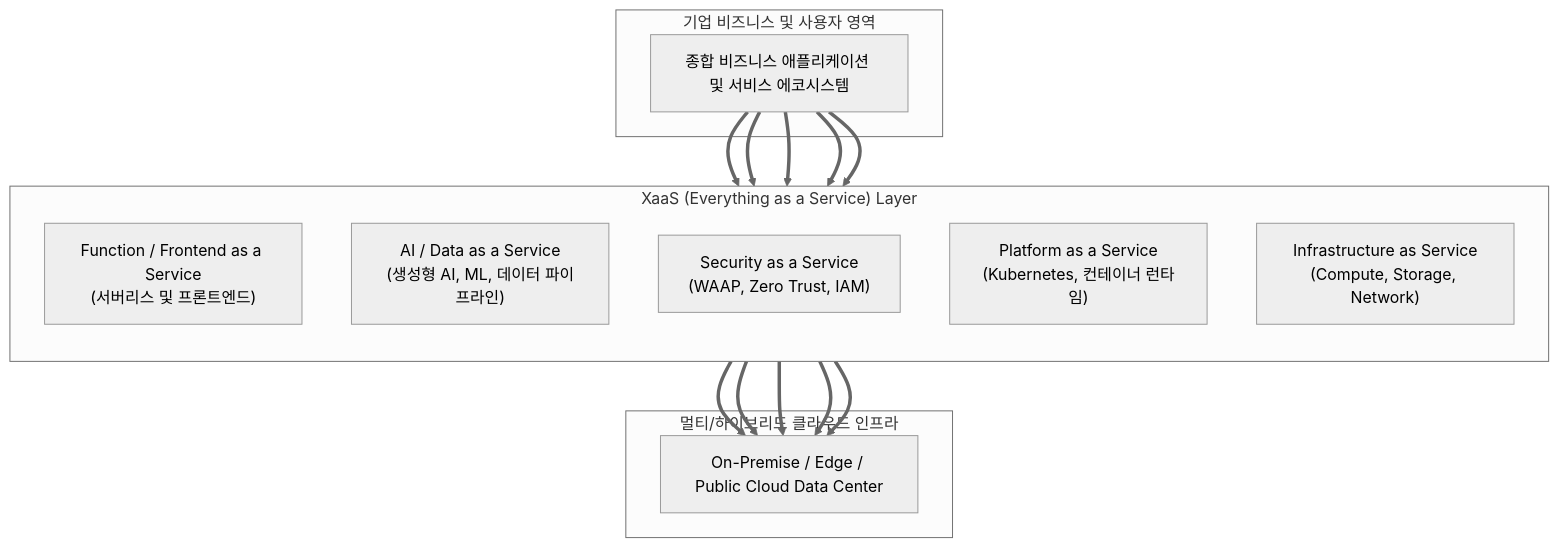
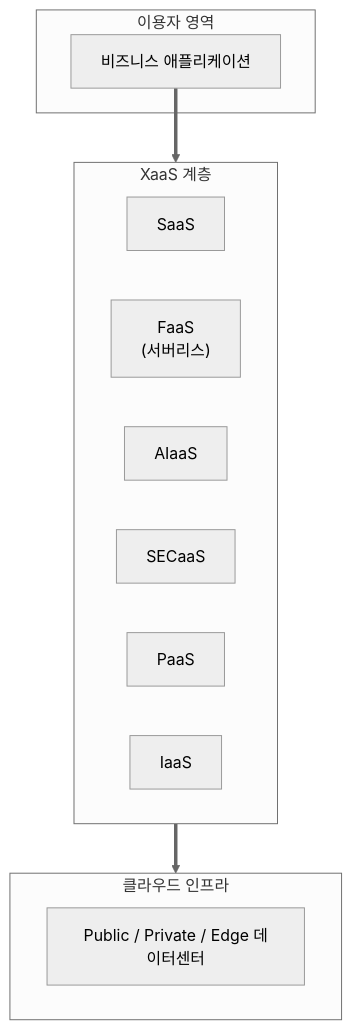
Before and after one commit to supremethumb/supremethumb.github.io: the diagram in content/01_IT Tech/XaaS.md, drawn with Mermaid (neutral theme). The commit also changed other lines of this file and 1087 other files, not shown here.

````diff
--- a/content/01_IT Tech/XaaS.md
+++ b/content/01_IT Tech/XaaS.md
@@ -23,23 +34,23 @@
 ```mermaid
 flowchart TB
-    subgraph Enterprise["기업 비즈니스 및 사용자 영역"]
-        APP["종합 비즈니스 애플리케이션 및 서비스 에코시스템"]
+    subgraph Enterprise["이용자 영역"]
+        APP["비즈니스 애플리케이션"]
     end
 
-    subgraph XaaS_Layer["XaaS (Everything as a Service) Layer"]
-        direction TB
-        FaaS["Function / Frontend as a Service<br/>(서버리스 및 프론트엔드)"]
-        AIaaS["AI / Data as a Service<br/>(생성형 AI, ML, 데이터 파이프라인)"]
-        SecaaS["Security as a Service<br/>(WAAP, Zero Trust, IAM)"]
-        PaaS["Platform as a Service<br/>(Kubernetes, 컨테이너 런타임)"]
-        IaaS["Infrastructure as Service<br/>(Compute, Storage, Network)"]
+    subgraph XaaS_Layer["XaaS 계층"]
+        direction LR
+        SaaS["SaaS"]
+        FaaS["FaaS<br/>(서버리스)"]
+        AIaaS["AIaaS"]
+        SECaaS["SECaaS"]
+        PaaS["PaaS"]
+        IaaS["IaaS"]
     end
 
-    subgraph CloudInfra["멀티/하이브리드 클라우드 인프라"]
-        DC["On-Premise / Edge / Public Cloud Data Center"]
+    subgraph CloudInfra["클라우드 인프라"]
+        DC["Public / Private / Edge 데이터센터"]
     end
 
-    APP ==> FaaS & AIaaS & SecaaS & PaaS & IaaS
-    FaaS & AIaaS & SecaaS & PaaS & IaaS ==> DC
-
+    APP ==> XaaS_Layer
+    XaaS_Layer ==> CloudInfra
 ```
````
